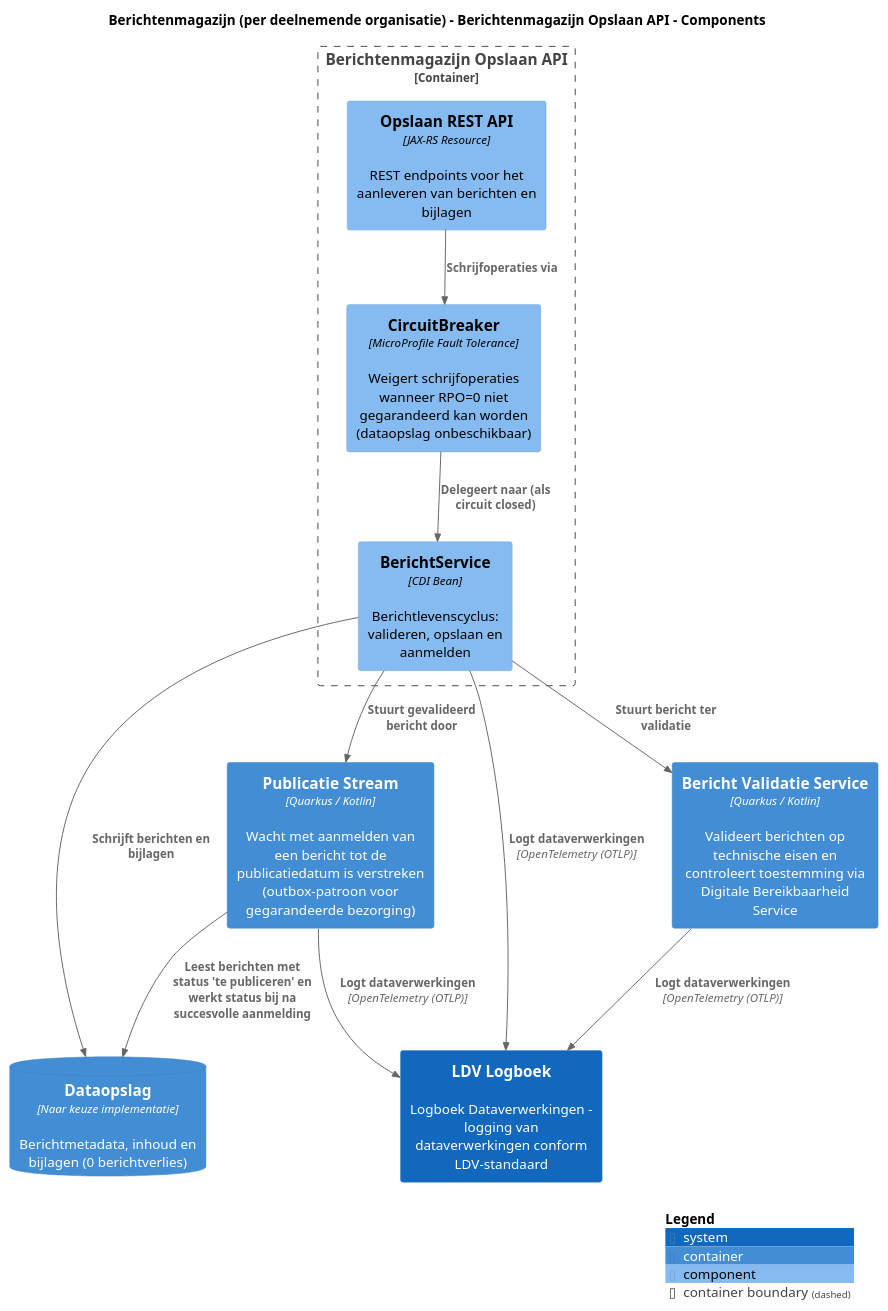
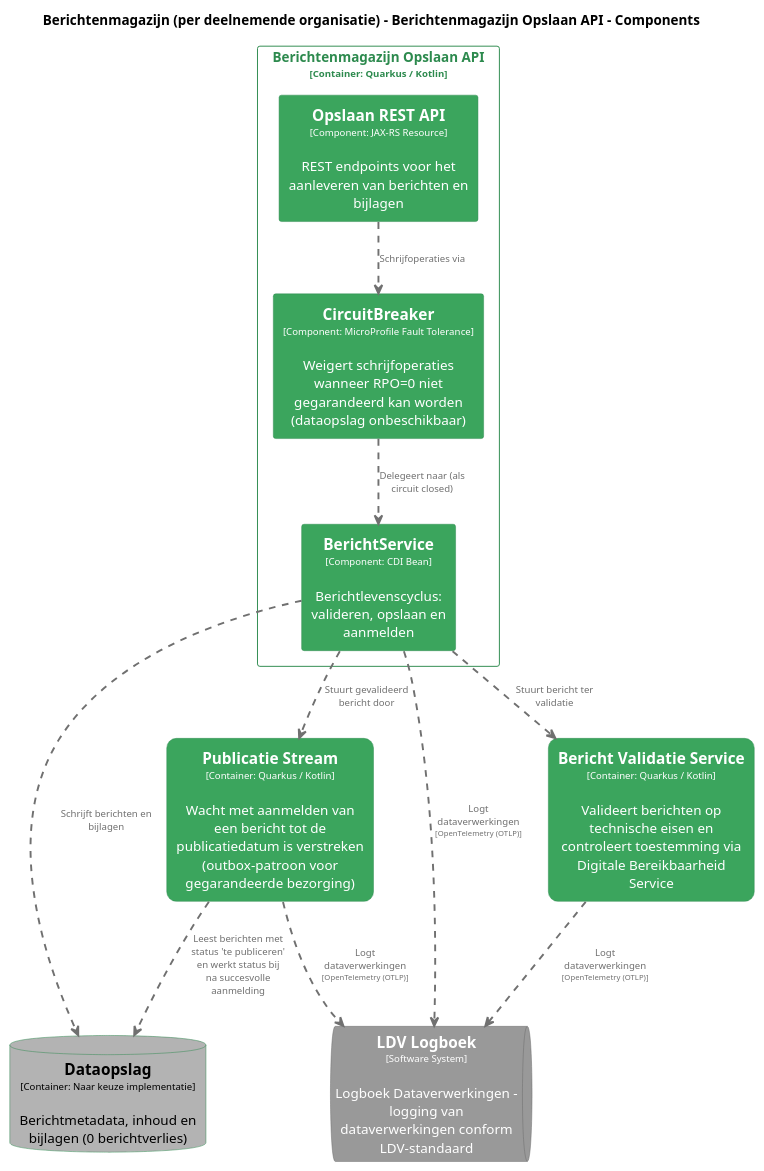
The diagram in master/puml/OpslaanAPIComponenten.puml (MinBZK/moza-poc-fbs-berichtenbox), drawn with PlantUML before and after one commit. The commit also changed 45 other files, not shown here.

```diff
--- a/master/puml/OpslaanAPIComponenten.puml
+++ b/master/puml/OpslaanAPIComponenten.puml
@@ -1,34 +1,88 @@
 @startuml
 set separator none
 title Berichtenmagazijn (per deelnemende organisatie) - Berichtenmagazijn Opslaan API - Components
 
 top to bottom direction
+skinparam ranksep 60
+skinparam nodesep 30
 
-!include <C4/C4>
-!include <C4/C4_Context>
-!include <C4/C4_Container>
-!include <C4/C4_Component>
-
-ContainerDb(Berichtenmagazijnperdeelnemendeorganisatie.Dataopslag, "Dataopslag", $techn="Naar keuze implementatie", $descr="Berichtmetadata, inhoud en bijlagen (0 berichtverlies)", $tags="", $link="")
-Container(Berichtenmagazijnperdeelnemendeorganisatie.BerichtValidatieService, "Bericht Validatie Service", $techn="Quarkus / Kotlin", $descr="Valideert berichten op technische eisen en controleert toestemming via Digitale Bereikbaarheid Service", $tags="", $link="")
-Container(Berichtenmagazijnperdeelnemendeorganisatie.PublicatieStream, "Publicatie Stream", $techn="Quarkus / Kotlin", $descr="Wacht met aanmelden van een bericht tot de publicatiedatum is verstreken (outbox-patroon voor gegarandeerde bezorging)", $tags="", $link="")
-System(LDVLogboek, "LDV Logboek", $descr="Logboek Dataverwerkingen - logging van dataverwerkingen conform LDV-standaard", $tags="", $link="")
-
-Container_Boundary("Berichtenmagazijnperdeelnemendeorganisatie.BerichtenmagazijnOpslaanAPI_boundary", "Berichtenmagazijn Opslaan API", $tags="") {
-  Component(Berichtenmagazijnperdeelnemendeorganisatie.BerichtenmagazijnOpslaanAPI.OpslaanRESTAPI, "Opslaan REST API", $techn="JAX-RS Resource", $descr="REST endpoints voor het aanleveren van berichten en bijlagen", $tags="", $link="")
-  Component(Berichtenmagazijnperdeelnemendeorganisatie.BerichtenmagazijnOpslaanAPI.CircuitBreaker, "CircuitBreaker", $techn="MicroProfile Fault Tolerance", $descr="Weigert schrijfoperaties wanneer RPO=0 niet gegarandeerd kan worden (dataopslag onbeschikbaar)", $tags="", $link="")
-  Component(Berichtenmagazijnperdeelnemendeorganisatie.BerichtenmagazijnOpslaanAPI.BerichtService, "BerichtService", $techn="CDI Bean", $descr="Berichtlevenscyclus: valideren, opslaan en aanmelden", $tags="", $link="")
+skinparam {
+  arrowFontSize 10
+  defaultTextAlignment center
+  wrapWidth 200
+  maxMessageSize 100
 }
 
-Rel(Berichtenmagazijnperdeelnemendeorganisatie.BerichtValidatieService, LDVLogboek, "Logt dataverwerkingen", $techn="OpenTelemetry (OTLP)", $tags="", $link="")
-Rel(Berichtenmagazijnperdeelnemendeorganisatie.PublicatieStream, LDVLogboek, "Logt dataverwerkingen", $techn="OpenTelemetry (OTLP)", $tags="", $link="")
-Rel(Berichtenmagazijnperdeelnemendeorganisatie.BerichtenmagazijnOpslaanAPI.OpslaanRESTAPI, Berichtenmagazijnperdeelnemendeorganisatie.BerichtenmagazijnOpslaanAPI.CircuitBreaker, "Schrijfoperaties via", $techn="", $tags="", $link="")
-Rel(Berichtenmagazijnperdeelnemendeorganisatie.BerichtenmagazijnOpslaanAPI.CircuitBreaker, Berichtenmagazijnperdeelnemendeorganisatie.BerichtenmagazijnOpslaanAPI.BerichtService, "Delegeert naar (als circuit closed)", $techn="", $tags="", $link="")
-Rel(Berichtenmagazijnperdeelnemendeorganisatie.BerichtenmagazijnOpslaanAPI.BerichtService, Berichtenmagazijnperdeelnemendeorganisatie.Dataopslag, "Schrijft berichten en bijlagen", $techn="", $tags="", $link="")
-Rel(Berichtenmagazijnperdeelnemendeorganisatie.BerichtenmagazijnOpslaanAPI.BerichtService, Berichtenmagazijnperdeelnemendeorganisatie.BerichtValidatieService, "Stuurt bericht ter validatie", $techn="", $tags="", $link="")
-Rel(Berichtenmagazijnperdeelnemendeorganisatie.BerichtenmagazijnOpslaanAPI.BerichtService, Berichtenmagazijnperdeelnemendeorganisatie.PublicatieStream, "Stuurt gevalideerd bericht door", $techn="", $tags="", $link="")
-Rel(Berichtenmagazijnperdeelnemendeorganisatie.PublicatieStream, Berichtenmagazijnperdeelnemendeorganisatie.Dataopslag, "Leest berichten met status 'te publiceren' en werkt status bij na succesvolle aanmelding", $techn="", $tags="", $link="")
-Rel(Berichtenmagazijnperdeelnemendeorganisatie.BerichtenmagazijnOpslaanAPI.BerichtService, LDVLogboek, "Logt dataverwerkingen", $techn="OpenTelemetry (OTLP)", $tags="", $link="")
+hide stereotype
 
-SHOW_LEGEND(true)
+skinparam rectangle<<Berichtenmagazijnperdeelnemendeorganisatie.BerichtValidatieService>> {
+  BackgroundColor #3ba55d
+  FontColor #ffffff
+  BorderColor #2d8a4e
+  roundCorner 20
+  shadowing false
+}
+skinparam rectangle<<Berichtenmagazijnperdeelnemendeorganisatie.BerichtenmagazijnOpslaanAPI.BerichtService>> {
+  BackgroundColor #3ba55d
+  FontColor #ffffff
+  BorderColor #2d8a4e
+  shadowing false
+}
+skinparam rectangle<<Berichtenmagazijnperdeelnemendeorganisatie.BerichtenmagazijnOpslaanAPI.CircuitBreaker>> {
+  BackgroundColor #3ba55d
+  FontColor #ffffff
+  BorderColor #2d8a4e
+  shadowing false
+}
+skinparam database<<Berichtenmagazijnperdeelnemendeorganisatie.Dataopslag>> {
+  BackgroundColor #b3b3b3
+  FontColor #000000
+  BorderColor #2d8a4e
+  shadowing false
+}
+skinparam queue<<LDVLogboek>> {
+  BackgroundColor #999999
+  FontColor #ffffff
+  BorderColor #6b6b6b
+  shadowing false
+}
+skinparam rectangle<<Berichtenmagazijnperdeelnemendeorganisatie.BerichtenmagazijnOpslaanAPI.OpslaanRESTAPI>> {
+  BackgroundColor #3ba55d
+  FontColor #ffffff
+  BorderColor #2d8a4e
+  shadowing false
+}
+skinparam rectangle<<Berichtenmagazijnperdeelnemendeorganisatie.PublicatieStream>> {
+  BackgroundColor #3ba55d
+  FontColor #ffffff
+  BorderColor #2d8a4e
+  roundCorner 20
+  shadowing false
+}
+skinparam rectangle<<Berichtenmagazijnperdeelnemendeorganisatie.BerichtenmagazijnOpslaanAPI>> {
+  BorderColor #2d8a4e
+  FontColor #2d8a4e
+  shadowing false
+}
+
+database "==Dataopslag\n<size:10>[Container: Naar keuze implementatie]</size>\n\nBerichtmetadata, inhoud en bijlagen (0 berichtverlies)" <<Berichtenmagazijnperdeelnemendeorganisatie.Dataopslag>> as Berichtenmagazijnperdeelnemendeorganisatie.Dataopslag
+rectangle "==Bericht Validatie Service\n<size:10>[Container: Quarkus / Kotlin]</size>\n\nValideert berichten op technische eisen en controleert toestemming via Digitale Bereikbaarheid Service" <<Berichtenmagazijnperdeelnemendeorganisatie.BerichtValidatieService>> as Berichtenmagazijnperdeelnemendeorganisatie.BerichtValidatieService
+rectangle "==Publicatie Stream\n<size:10>[Container: Quarkus / Kotlin]</size>\n\nWacht met aanmelden van een bericht tot de publicatiedatum is verstreken (outbox-patroon voor gegarandeerde bezorging)" <<Berichtenmagazijnperdeelnemendeorganisatie.PublicatieStream>> as Berichtenmagazijnperdeelnemendeorganisatie.PublicatieStream
+queue "==LDV Logboek\n<size:10>[Software System]</size>\n\nLogboek Dataverwerkingen - logging van dataverwerkingen conform LDV-standaard" <<LDVLogboek>> as LDVLogboek
+
+rectangle "Berichtenmagazijn Opslaan API\n<size:10>[Container: Quarkus / Kotlin]</size>" <<Berichtenmagazijnperdeelnemendeorganisatie.BerichtenmagazijnOpslaanAPI>> {
+  rectangle "==Opslaan REST API\n<size:10>[Component: JAX-RS Resource]</size>\n\nREST endpoints voor het aanleveren van berichten en bijlagen" <<Berichtenmagazijnperdeelnemendeorganisatie.BerichtenmagazijnOpslaanAPI.OpslaanRESTAPI>> as Berichtenmagazijnperdeelnemendeorganisatie.BerichtenmagazijnOpslaanAPI.OpslaanRESTAPI
+  rectangle "==CircuitBreaker\n<size:10>[Component: MicroProfile Fault Tolerance]</size>\n\nWeigert schrijfoperaties wanneer RPO=0 niet gegarandeerd kan worden (dataopslag onbeschikbaar)" <<Berichtenmagazijnperdeelnemendeorganisatie.BerichtenmagazijnOpslaanAPI.CircuitBreaker>> as Berichtenmagazijnperdeelnemendeorganisatie.BerichtenmagazijnOpslaanAPI.CircuitBreaker
+  rectangle "==BerichtService\n<size:10>[Component: CDI Bean]</size>\n\nBerichtlevenscyclus: valideren, opslaan en aanmelden" <<Berichtenmagazijnperdeelnemendeorganisatie.BerichtenmagazijnOpslaanAPI.BerichtService>> as Berichtenmagazijnperdeelnemendeorganisatie.BerichtenmagazijnOpslaanAPI.BerichtService
+}
+
+Berichtenmagazijnperdeelnemendeorganisatie.BerichtValidatieService .[#707070,thickness=2].> LDVLogboek : "<color:#707070>Logt dataverwerkingen\n<color:#707070><size:8>[OpenTelemetry (OTLP)]</size>"
+Berichtenmagazijnperdeelnemendeorganisatie.PublicatieStream .[#707070,thickness=2].> LDVLogboek : "<color:#707070>Logt dataverwerkingen\n<color:#707070><size:8>[OpenTelemetry (OTLP)]</size>"
+Berichtenmagazijnperdeelnemendeorganisatie.BerichtenmagazijnOpslaanAPI.OpslaanRESTAPI .[#707070,thickness=2].> Berichtenmagazijnperdeelnemendeorganisatie.BerichtenmagazijnOpslaanAPI.CircuitBreaker : "<color:#707070>Schrijfoperaties via"
+Berichtenmagazijnperdeelnemendeorganisatie.BerichtenmagazijnOpslaanAPI.CircuitBreaker .[#707070,thickness=2].> Berichtenmagazijnperdeelnemendeorganisatie.BerichtenmagazijnOpslaanAPI.BerichtService : "<color:#707070>Delegeert naar (als circuit closed)"
+Berichtenmagazijnperdeelnemendeorganisatie.BerichtenmagazijnOpslaanAPI.BerichtService .[#707070,thickness=2].> Berichtenmagazijnperdeelnemendeorganisatie.Dataopslag : "<color:#707070>Schrijft berichten en bijlagen"
+Berichtenmagazijnperdeelnemendeorganisatie.BerichtenmagazijnOpslaanAPI.BerichtService .[#707070,thickness=2].> Berichtenmagazijnperdeelnemendeorganisatie.BerichtValidatieService : "<color:#707070>Stuurt bericht ter validatie"
+Berichtenmagazijnperdeelnemendeorganisatie.BerichtenmagazijnOpslaanAPI.BerichtService .[#707070,thickness=2].> Berichtenmagazijnperdeelnemendeorganisatie.PublicatieStream : "<color:#707070>Stuurt gevalideerd bericht door"
+Berichtenmagazijnperdeelnemendeorganisatie.PublicatieStream .[#707070,thickness=2].> Berichtenmagazijnperdeelnemendeorganisatie.Dataopslag : "<color:#707070>Leest berichten met status 'te publiceren' en werkt status bij na succesvolle aanmelding"
+Berichtenmagazijnperdeelnemendeorganisatie.BerichtenmagazijnOpslaanAPI.BerichtService .[#707070,thickness=2].> LDVLogboek : "<color:#707070>Logt dataverwerkingen\n<color:#707070><size:8>[OpenTelemetry (OTLP)]</size>"
 @enduml
```
